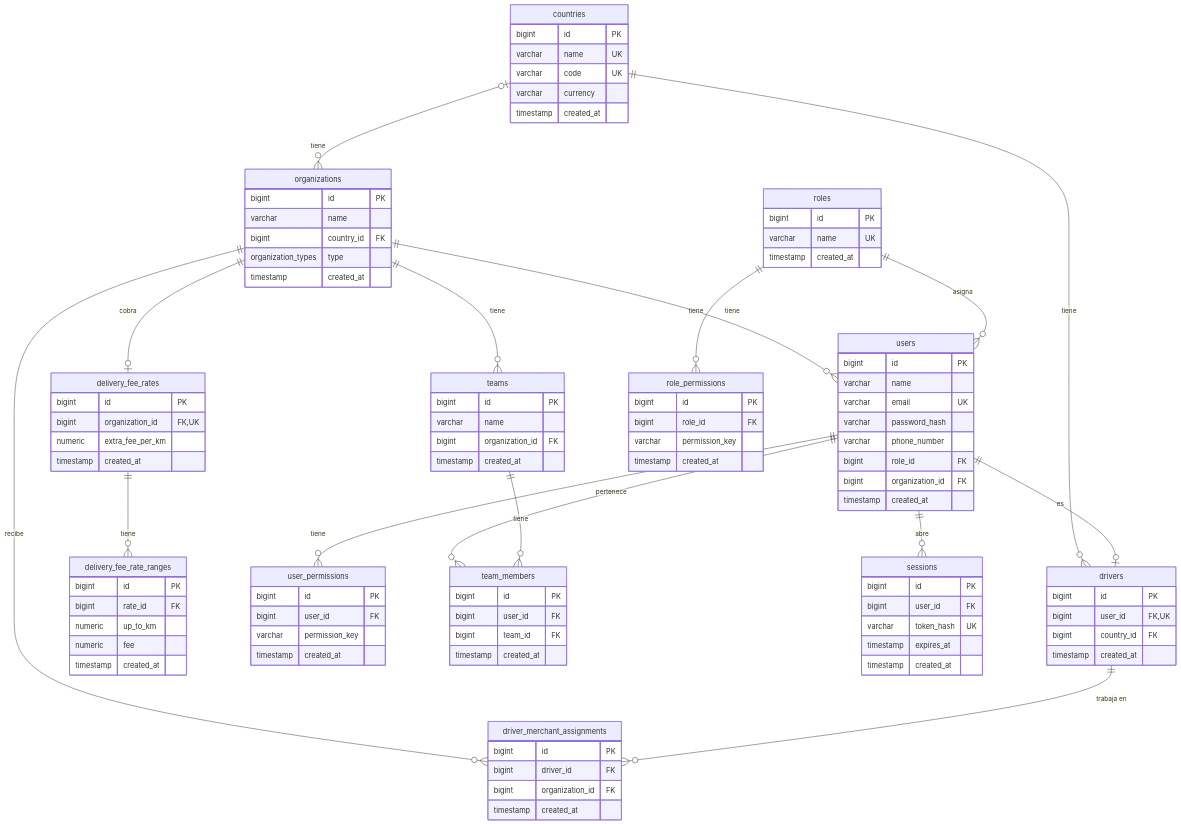
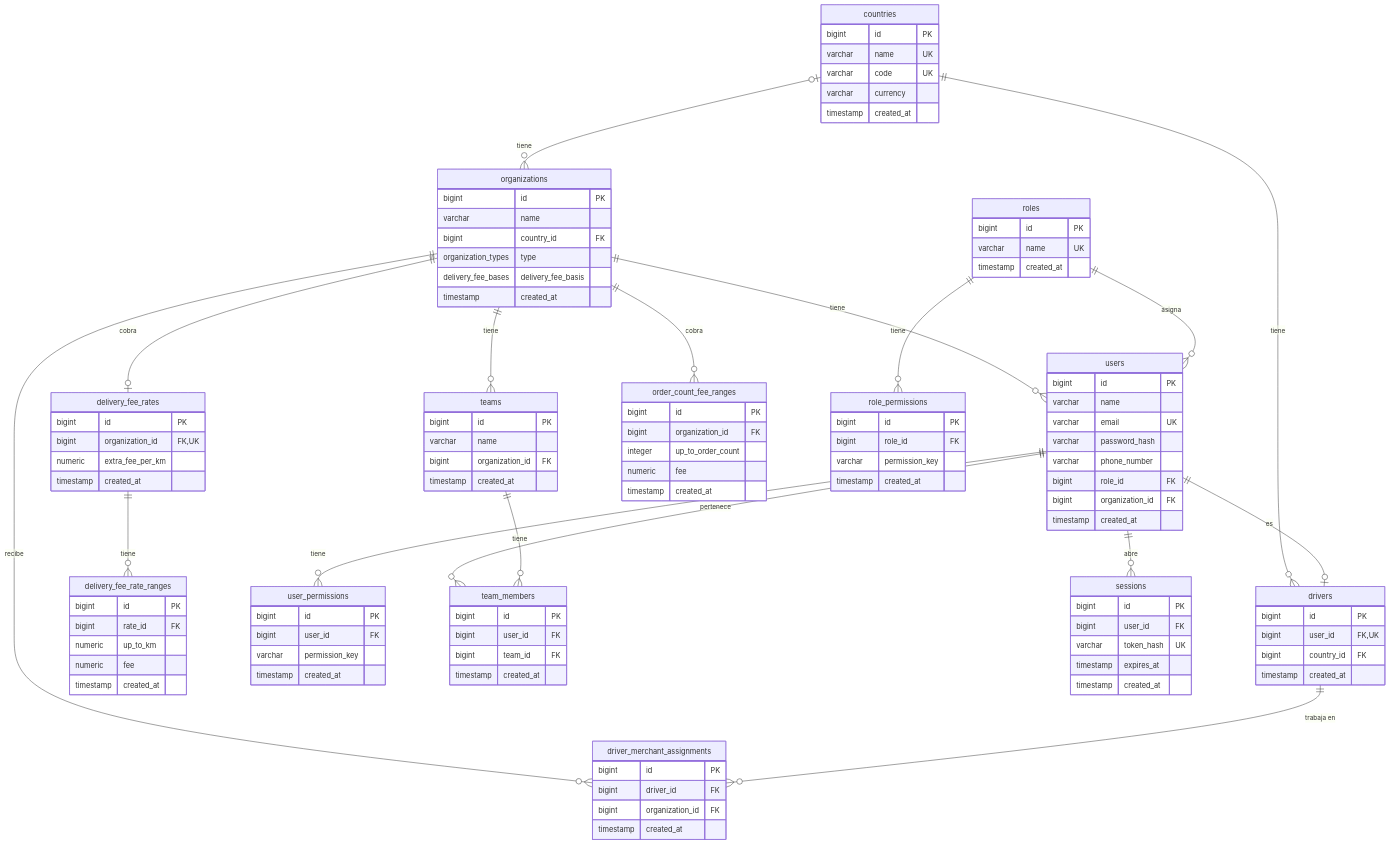
One commit to germandbl/vola changed the diagram in docs/modelo-datos.md. Above: the diagram before and after it, drawn with Mermaid. The commit also changed other lines of this file and 30 other files, not shown here.

First line of the commit message:
Add order-count delivery fee rates

```diff
--- a/docs/modelo-datos.md
+++ b/docs/modelo-datos.md
@@ -10,6 +10,7 @@
   organizations ||--o{ teams : "tiene"
   organizations ||--o{ driver_merchant_assignments : "recibe"
   organizations ||--o| delivery_fee_rates : "cobra"
+  organizations ||--o{ order_count_fee_ranges : "cobra"
   delivery_fee_rates ||--o{ delivery_fee_rate_ranges : "tiene"
   roles ||--o{ users : "asigna"
   roles ||--o{ role_permissions : "tiene"
@@ -32,6 +33,7 @@
     varchar name
     bigint country_id FK
     organization_types type
+    delivery_fee_bases delivery_fee_basis
     timestamp created_at
   }
   roles {
@@ -98,6 +100,13 @@
     numeric fee
     timestamp created_at
   }
+  order_count_fee_ranges {
+    bigint id PK
+    bigint organization_id FK
+    integer up_to_order_count
+    numeric fee
+    timestamp created_at
+  }
   sessions {
     bigint id PK
     bigint user_id FK
```
